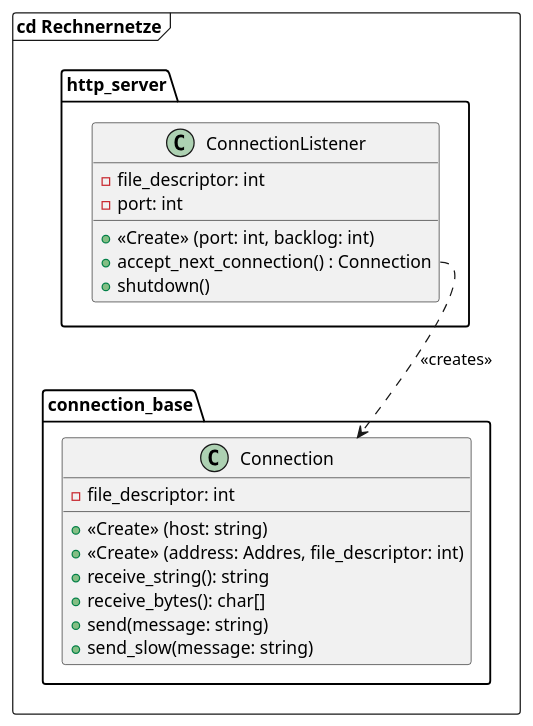
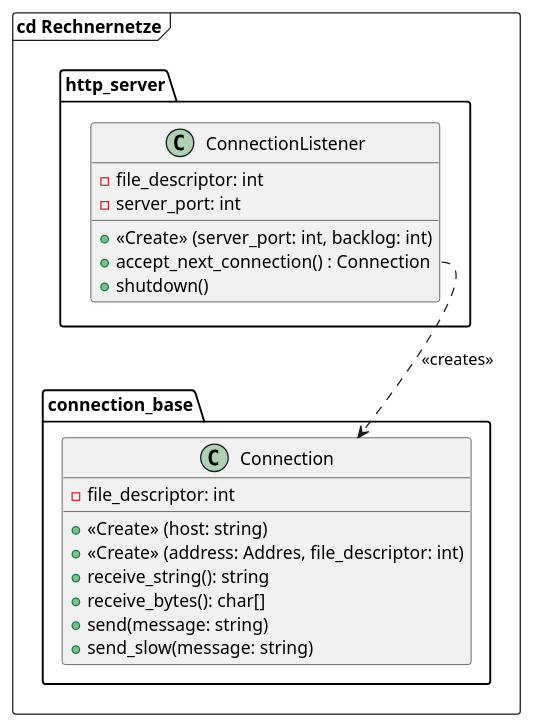
Before and after one commit to hugoppp-uni/Rechnernetze: the diagram in README.md, drawn with PlantUML. The commit also changed 7 other files, not shown here.

````diff
--- a/README.md
+++ b/README.md
@@ -10,28 +10,28 @@
 ```plantuml
 frame "cd Rechnernetze"{
 package "connection_base" {
     class Connection{
         - file_descriptor: int
         + <<Create>> (host: string)
         + <<Create>> (address: Addres, file_descriptor: int)
         + receive_string(): string
         + receive_bytes(): char[]
         + send(message: string)
         + send_slow(message: string)
     }
 }
 
 package "http_server"{
     class ConnectionListener {
       - file_descriptor: int
-      - port: int
-      + <<Create>> (port: int, backlog: int)
+      - server_port: int
+      + <<Create>> (server_port: int, backlog: int)
       + accept_next_connection() : Connection
       + shutdown()
     }
 }
 
 ConnectionListener::accept_next_connection ..> Connection : <<creates>>
 
 }
 ```
````
